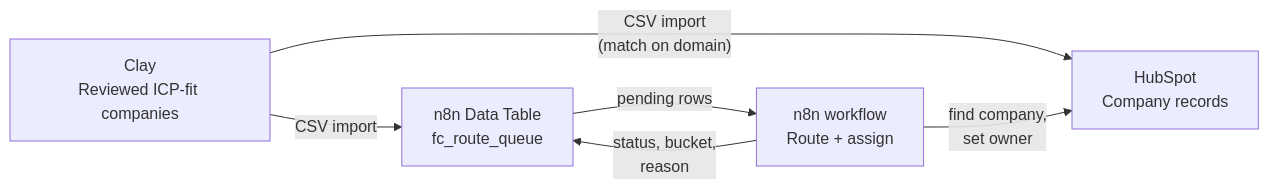
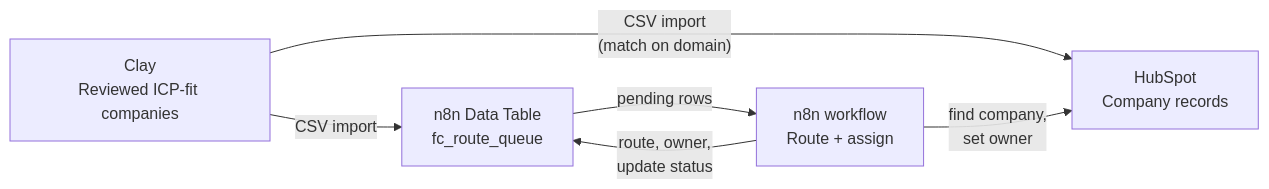
The first of 2 diagrams in docs/2_account_routing.md (joshane1/GTM-Portfolio), drawn with Mermaid before and after one commit. The commit also changed other lines of this file and 5 other files, not shown here.

````diff
--- a/docs/2_account_routing.md
+++ b/docs/2_account_routing.md
@@ -54,13 +54,13 @@
 ```mermaid
 flowchart LR
     clay["Clay<br/>Reviewed ICP-fit companies"]
     hubspot["HubSpot<br/>Company records"]
     queue["n8n Data Table<br/>fc_route_queue"]
     workflow["n8n workflow<br/>Route + assign"]
 
     clay -- "CSV import<br/>(match on domain)" --> hubspot
     clay -- "CSV import" --> queue
     queue -- "pending rows" --> workflow
     workflow -- "find company,<br/>set owner" --> hubspot
-    workflow -- "status, bucket,<br/>reason" --> queue
+    workflow -- "route, owner,<br/>update status" --> queue
 ```
````
